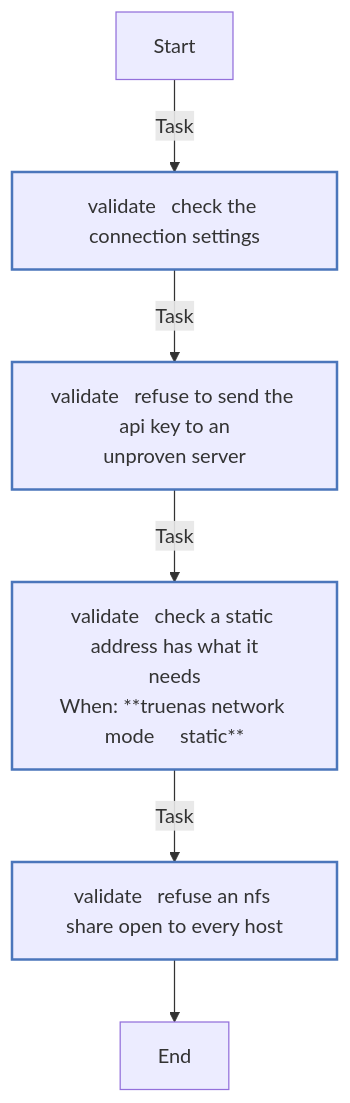
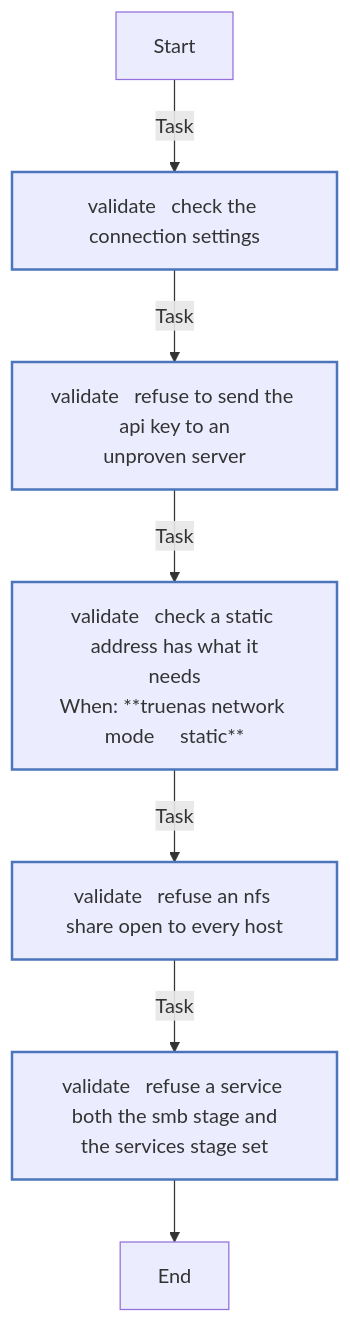
One commit to kawadeomkar/homeserver changed diagram 13 of 13 in roles/truenas/REFERENCE.md. Above: the diagram before and after it, drawn with Mermaid. The commit also changed other lines of this file and 20 other files, not shown here.

First line of the commit message:
feat(truenas): an SMB stage: logins, directory owners and shares, the service started last

````diff
--- a/roles/truenas/REFERENCE.md
+++ b/roles/truenas/REFERENCE.md
@@ -940,18 +1083,19 @@
 ```mermaid
 flowchart TD
 Start
 classDef block stroke:#3498db,stroke-width:2px;
 classDef task stroke:#4b76bb,stroke-width:2px;
 classDef includeTasks stroke:#16a085,stroke-width:2px;
 classDef importTasks stroke:#34495e,stroke-width:2px;
 classDef includeRole stroke:#2980b9,stroke-width:2px;
 classDef importRole stroke:#699ba7,stroke-width:2px;
 classDef includeVars stroke:#8e44ad,stroke-width:2px;
 classDef rescue stroke:#665352,stroke-width:2px;
 
   Start-->|Task| validate___Check_the_connection_settings0[validate   check the connection settings]:::task
   validate___Check_the_connection_settings0-->|Task| validate___Refuse_to_send_the_API_key_to_an_unproven_server1[validate   refuse to send the api key to an<br>unproven server]:::task
   validate___Refuse_to_send_the_API_key_to_an_unproven_server1-->|Task| validate___Check_a_static_address_has_what_it_needs2[validate   check a static address has what it<br>needs<br>When: **truenas network mode     static**]:::task
   validate___Check_a_static_address_has_what_it_needs2-->|Task| validate___Refuse_an_NFS_share_open_to_every_host3[validate   refuse an nfs share open to every host]:::task
-  validate___Refuse_an_NFS_share_open_to_every_host3-->End
+  validate___Refuse_an_NFS_share_open_to_every_host3-->|Task| validate___Refuse_a_service_both_the_SMB_stage_and_the_services_stage_set4[validate   refuse a service both the smb stage and<br>the services stage set]:::task
+  validate___Refuse_a_service_both_the_SMB_stage_and_the_services_stage_set4-->End
 ```
````
